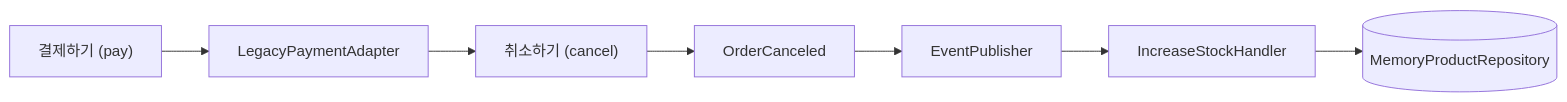
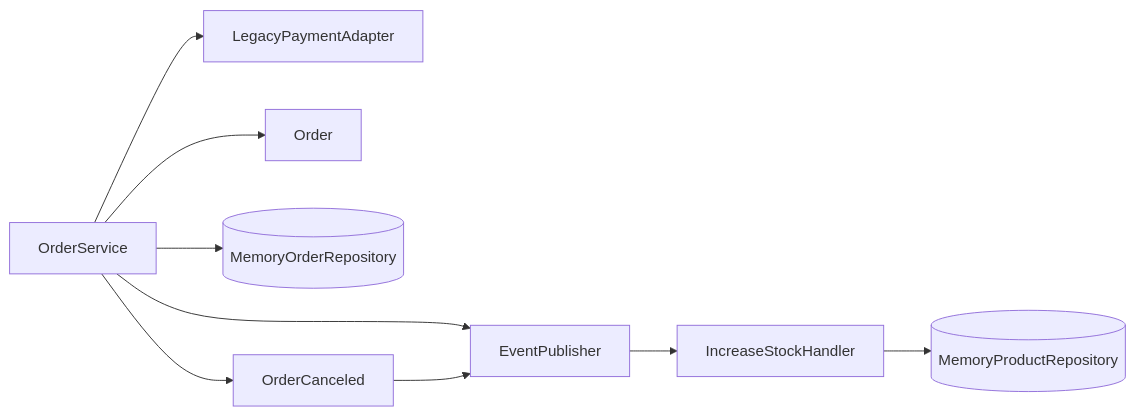
One commit to busan-bank-2026/ddd-example changed the third of 9 diagrams in .projectcode/wiki/scenarios.md. Above: the diagram before and after it, drawn with Mermaid. The commit also changed other lines of this file and 5 other files, not shown here.

````diff
--- a/.projectcode/wiki/scenarios.md
+++ b/.projectcode/wiki/scenarios.md
@@ -66,9 +66,11 @@
 ```mermaid
 flowchart LR
-  A["결제하기 (pay)"] --> B[LegacyPaymentAdapter]
-  B --> C["취소하기 (cancel)"]
-  C --> D[OrderCanceled]
-  D --> E[EventPublisher]
-  E --> F[IncreaseStockHandler]
-  F --> G[(MemoryProductRepository)]
+  A[OrderService] --> B[LegacyPaymentAdapter]
+  A --> C[Order]
+  A --> D[(MemoryOrderRepository)]
+  A --> E[OrderCanceled]
+  A --> F[EventPublisher]
+  E --> F
+  F --> G[IncreaseStockHandler]
+  G --> H[(MemoryProductRepository)]
 ```
````
